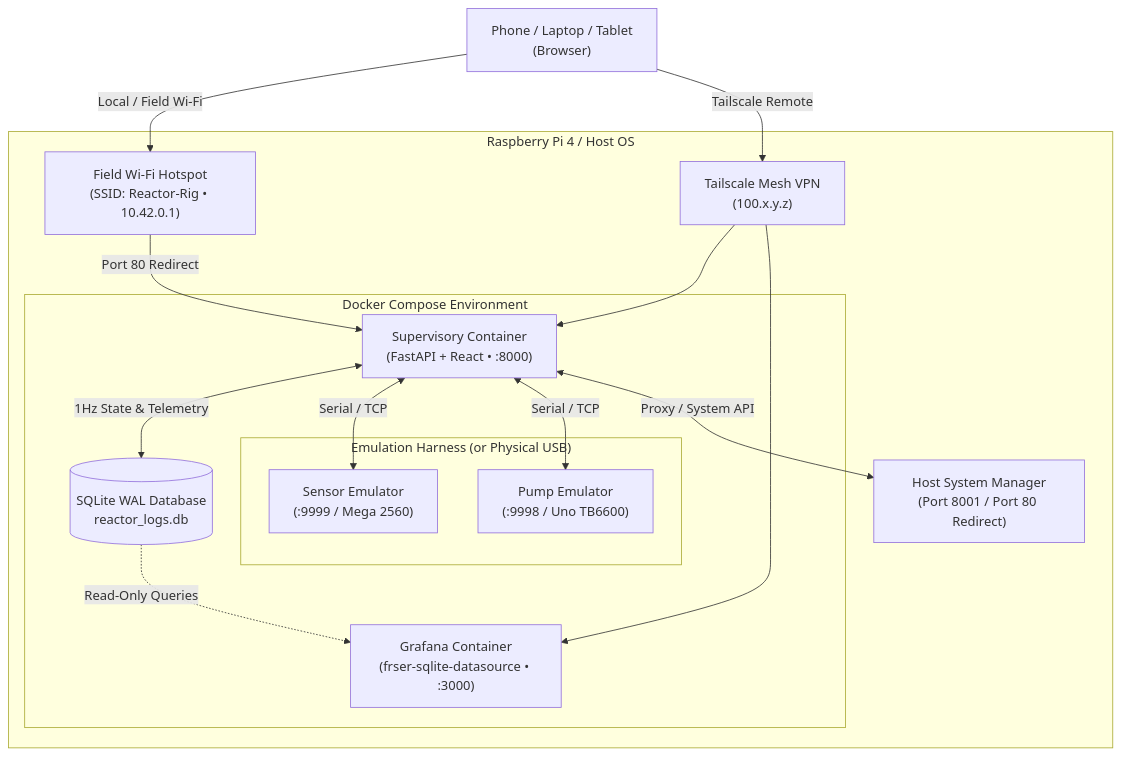
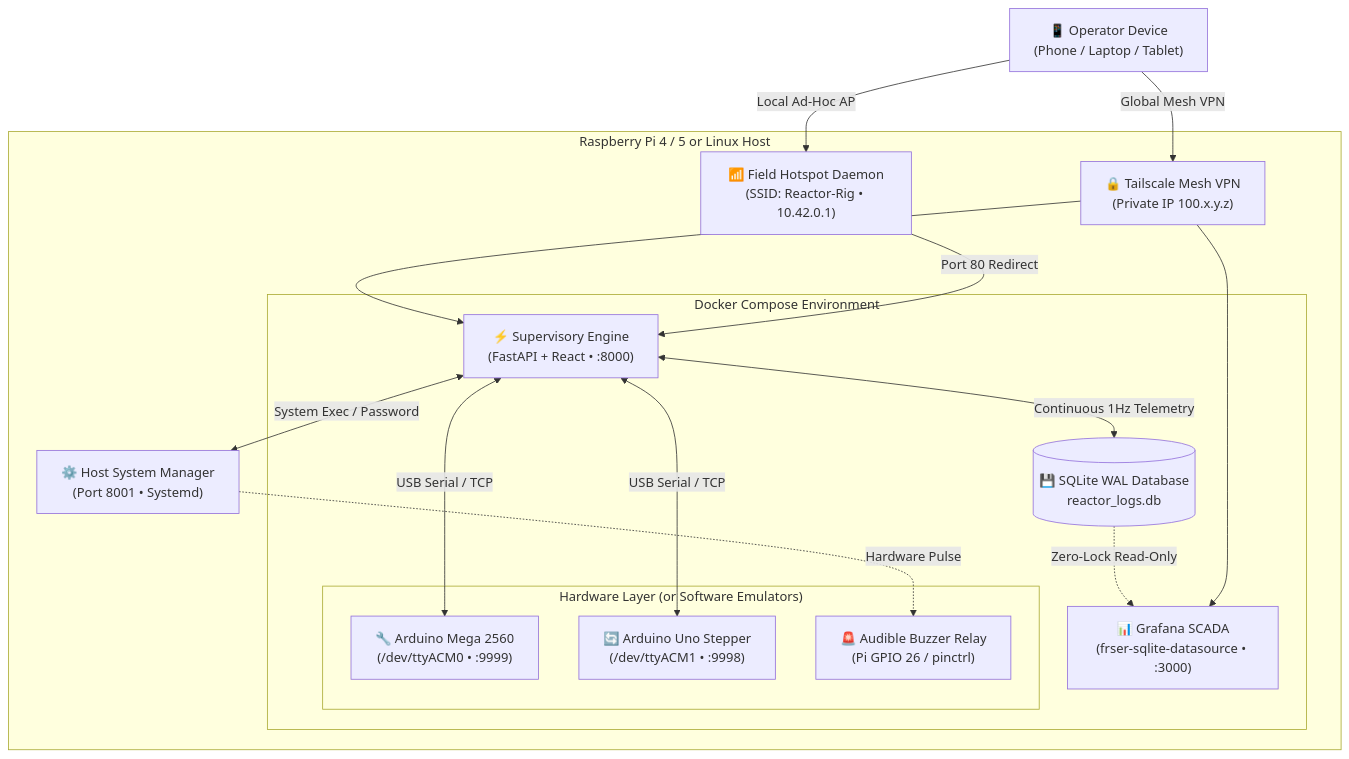
The diagram in README.md (globel420/reactor-controller), drawn with Mermaid before and after one commit. The commit also changed other lines of this file and 1 other file, not shown here.

Commit message:
docs: overhaul README with cyberpunk SCADA aesthetic and update interactive hardware infographic

````diff
--- a/README.md
+++ b/README.md
@@ -66,33 +100,35 @@
 ```mermaid
 graph TD
-    Client["Phone / Laptop / Tablet<br>(Browser)"]
+    Client["📱 Operator Device<br>(Phone / Laptop / Tablet)"]
     
-    subgraph Host ["Raspberry Pi 4 / Host OS"]
-        Tailscale["Tailscale Mesh VPN<br>(100.x.y.z)"]
-        SysMgr["Host System Manager<br>(Port 8001 / Port 80 Redirect)"]
-        WifiAP["Field Wi-Fi Hotspot<br>(SSID: Reactor-Rig • 10.42.0.1)"]
+    subgraph Host ["Raspberry Pi 4 / 5 or Linux Host"]
+        Tailscale["🔒 Tailscale Mesh VPN<br>(Private IP 100.x.y.z)"]
+        SysMgr["⚙️ Host System Manager<br>(Port 8001 • Systemd)"]
+        WifiAP["📶 Field Hotspot Daemon<br>(SSID: Reactor-Rig • 10.42.0.1)"]
         
         subgraph Docker ["Docker Compose Environment"]
-            Supervisory["Supervisory Container<br>(FastAPI + React • :8000)"]
-            Grafana["Grafana Container<br>(frser-sqlite-datasource • :3000)"]
-            DB[("SQLite WAL Database<br>reactor_logs.db")]
+            Supervisory["⚡ Supervisory Engine<br>(FastAPI + React • :8000)"]
+            Grafana["📊 Grafana SCADA<br>(frser-sqlite-datasource • :3000)"]
+            DB[("💾 SQLite WAL Database<br>reactor_logs.db")]
             
-            subgraph Emulators ["Emulation Harness (or Physical USB)"]
-                SensorEmu["Sensor Emulator<br>(:9999 / Mega 2560)"]
-                PumpEmu["Pump Emulator<br>(:9998 / Uno TB6600)"]
+            subgraph RigInterop ["Hardware Layer (or Software Emulators)"]
+                MegaMCU["🔧 Arduino Mega 2560<br>(/dev/ttyACM0 • :9999)"]
+                UnoMCU["🔄 Arduino Uno Stepper<br>(/dev/ttyACM1 • :9998)"]
+                GPIO26["🚨 Audible Buzzer Relay<br>(Pi GPIO 26 / pinctrl)"]
             end
         end
     end
     
-    Client -->|Local / Field Wi-Fi| WifiAP
-    Client -->|Tailscale Remote| Tailscale
+    Client -->|Local Ad-Hoc AP| WifiAP
+    Client -->|Global Mesh VPN| Tailscale
     WifiAP -->|Port 80 Redirect| Supervisory
     Tailscale --> Supervisory
     Tailscale --> Grafana
     
-    Supervisory <-->|1Hz State & Telemetry| DB
-    DB -.->|Read-Only Queries| Grafana
-    Supervisory <-->|Serial / TCP| SensorEmu
-    Supervisory <-->|Serial / TCP| PumpEmu
-    Supervisory <-->|Proxy / System API| SysMgr
+    Supervisory <-->|Continuous 1Hz Telemetry| DB
+    DB -.->|Zero-Lock Read-Only| Grafana
+    Supervisory <-->|USB Serial / TCP| MegaMCU
+    Supervisory <-->|USB Serial / TCP| UnoMCU
+    Supervisory <-->|System Exec / Password| SysMgr
+    SysMgr -.->|Hardware Pulse| GPIO26
 ```
````
